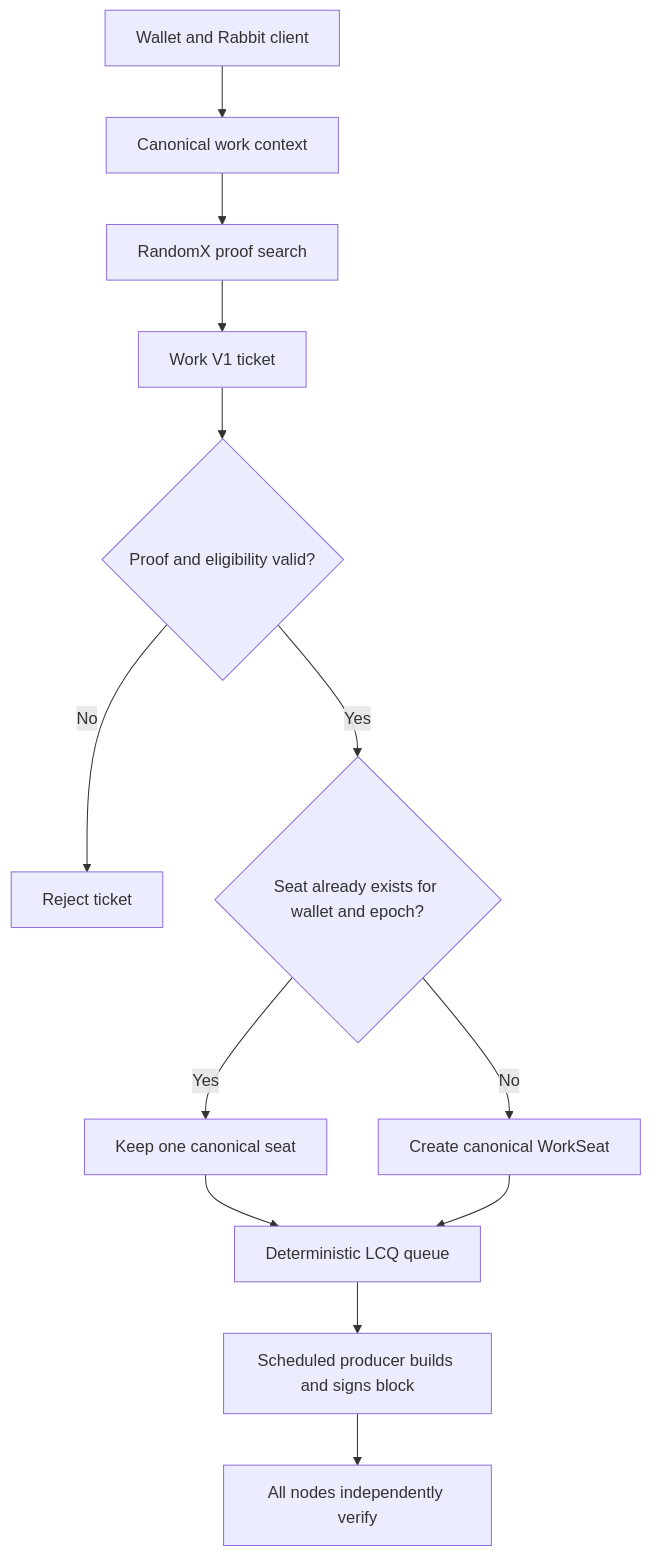
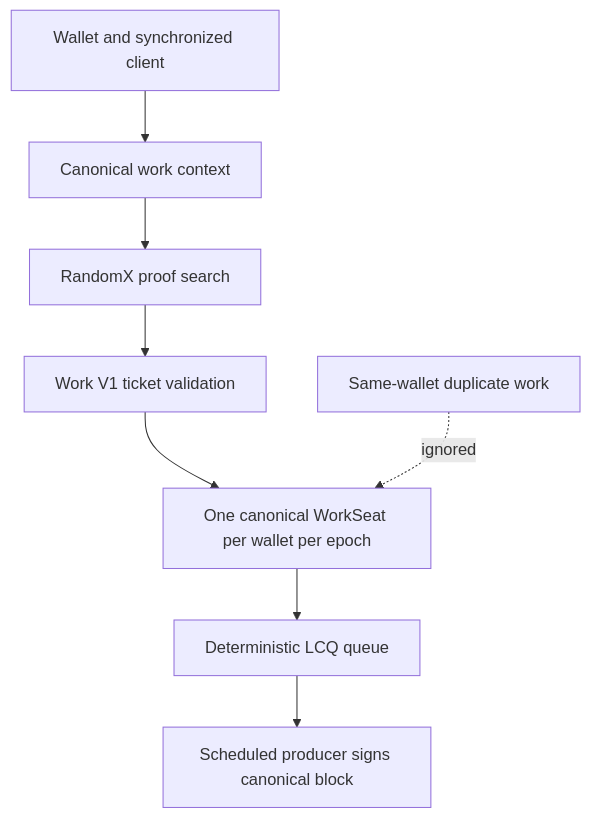
One commit to rabbitmainnet/rabbit-chain-whitepaper changed the diagram in assets/diagrams/mining-lcq-flow.mmd. Above: the diagram before and after it, drawn with Mermaid. The commit also changed 5 other files, not shown here.

Commit message:
docs: replace diagrams with responsive Mermaid flows

```diff
--- a/assets/diagrams/mining-lcq-flow.mmd
+++ b/assets/diagrams/mining-lcq-flow.mmd
@@ -1,13 +1,8 @@
 flowchart TD
-    A[Wallet and Rabbit client] --> B[Canonical work context]
+    A[Wallet and synchronized client] --> B[Canonical work context]
     B --> C[RandomX proof search]
-    C --> D[Work V1 ticket]
-    D --> E{Proof and eligibility valid?}
-    E -- No --> F[Reject ticket]
-    E -- Yes --> G{Seat already exists for wallet and epoch?}
-    G -- Yes --> H[Keep one canonical seat]
-    G -- No --> I[Create canonical WorkSeat]
-    H --> J[Deterministic LCQ queue]
-    I --> J
-    J --> K[Scheduled producer builds and signs block]
-    K --> L[All nodes independently verify]
+    C --> D[Work V1 ticket validation]
+    D --> E[One canonical WorkSeat per wallet per epoch]
+    X[Same-wallet duplicate work] -. ignored .-> E
+    E --> F[Deterministic LCQ queue]
+    F --> G[Scheduled producer signs canonical block]
```
